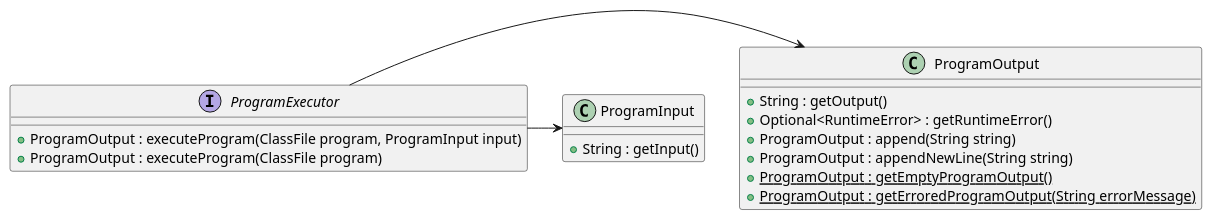
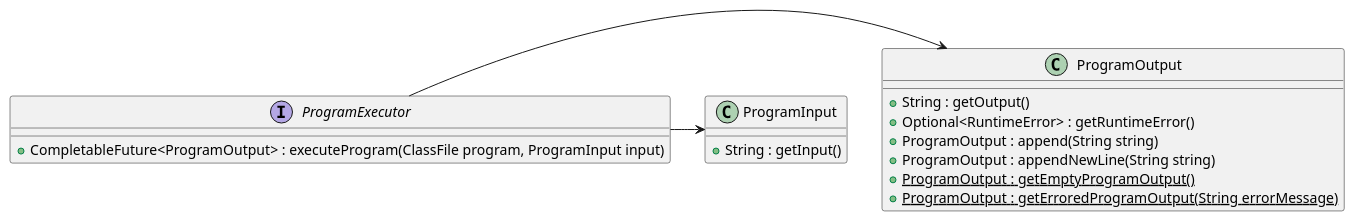
One commit to nus-cs2103-AY1920S1/addressbook-level3 changed the diagram in docs/diagrams/ProgramExecutor.puml. Above: the diagram before and after it, drawn with PlantUML. The commit also changed 78 other files, not shown here.

```diff
--- a/docs/diagrams/ProgramExecutor.puml
+++ b/docs/diagrams/ProgramExecutor.puml
@@ -1,24 +1,23 @@
 @startuml
 
 interface ProgramExecutor {
-    + ProgramOutput : executeProgram(ClassFile program, ProgramInput input)
-    + ProgramOutput : executeProgram(ClassFile program)
+    + CompletableFuture<ProgramOutput> : executeProgram(ClassFile program, ProgramInput input)
 }
 
 class ProgramOutput {
     + String : getOutput()
     + Optional<RuntimeError> : getRuntimeError()
     + ProgramOutput : append(String string)
     + ProgramOutput : appendNewLine(String string)
     + {static} ProgramOutput : getEmptyProgramOutput()
     + {static} ProgramOutput : getErroredProgramOutput(String errorMessage)
 }
 
 class ProgramInput {
     + String : getInput()
 }
 
 ProgramExecutor -> ProgramOutput
 ProgramExecutor -> ProgramInput
 
 @enduml
```
